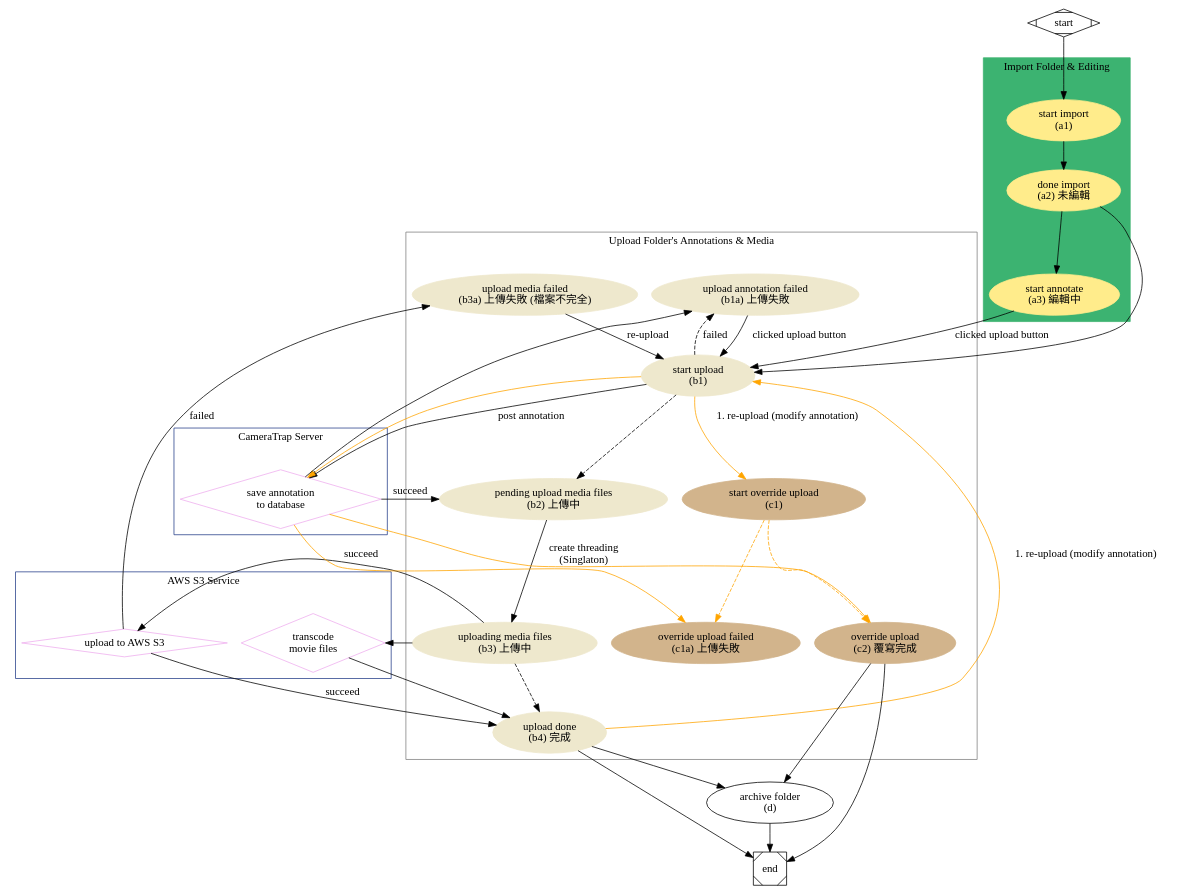
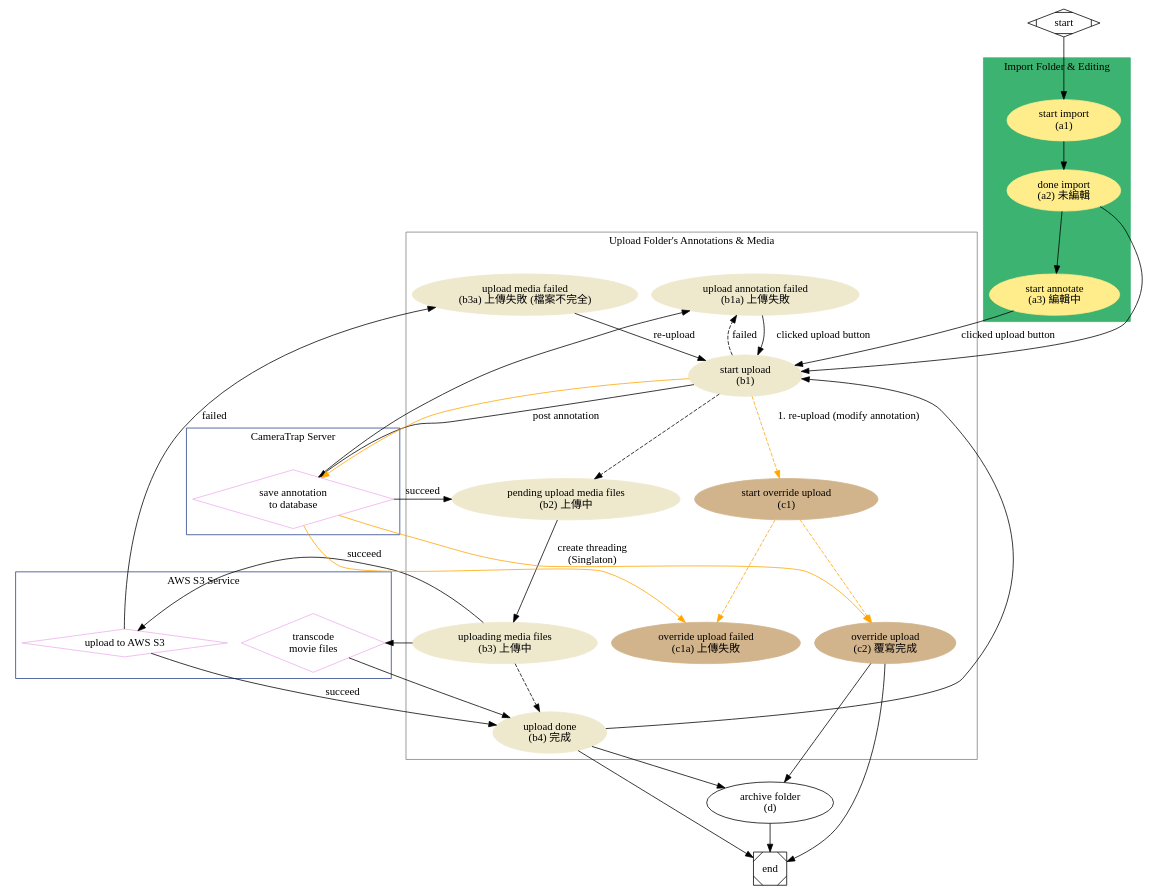
Before and after one commit to moogoo78/camera-trap-tk: the diagram in docs/upload-status-flow.dot, drawn with Graphviz. The commit also changed 1 other file, not shown here.

Commit message:
docs: update flow

```diff
--- a/docs/upload-status-flow.dot
+++ b/docs/upload-status-flow.dot
@@ -1,92 +1,93 @@
 digraph G {
   subgraph cluster_0 {
     style=filled;
     color=mediumseagreen;
     node [style=filled,color=lightgoldenrod1];
     label = "Import Folder & Editing";
     a1 -> a2 -> a3;
   }
 
   subgraph cluster_1 {
     color=gray;
     node [style=filled, color=cornsilk2];
     label = "Upload Folder's Annotations & Media";
 
     b1a -> b1 [label="clicked upload button"];
     b1-> b2 [style=dashed];
     b2 -> b3 [label="create threading\n(Singlaton)"];
     b3 -> b4 [style=dashed];
-    b4 -> b1 -> c1 [color=orange, label="1. re-upload (modify annotation)"];
+    b4 -> b1;
+    b1 -> c1 [color=orange, label="1. re-upload (modify annotation)", style=dashed];
     c1 -> c2 [color=orange, style=dashed];
     c1 -> c1a [color=orange, style=dashed];
     b3a -> b1 [label="re-upload"];
 
   }
   subgraph cluster_2 {
     color=royalblue4;
     label = "CameraTrap Server";
     serv_anno;
   }
   subgraph cluster_3 {
     color=royalblue4;
     label = "AWS S3 Service";
     serv_s3;
     serv_media;
   }
 
   start -> a1;
   a3 -> b1 [label="clicked upload button"];
   a2 -> b1;
   b1 -> serv_anno [label="post annotation"];
   serv_anno -> b1a;
   b1 -> b1a [style=dashed, label="failed"];
   serv_anno -> b2 [label="succeed"];
   b3 -> serv_s3 -> b4 [label="succeed"];
   serv_s3 -> b3a [label="failed"];
   serv_anno -> c1a [color=orange];
   b1 -> serv_anno [color=orange];
   b3 -> serv_media -> b4;
   serv_anno -> c2 [color=orange];
   c2 -> end;
   b4 -> end;
   b4 -> d -> end;
   c2 -> d;
   /*
   b1 -> serv_anno -> b2 -> b1 [color=orange, style=dashed, label="2. re-upload annotation"];
   b3c -> end;
 
   a2 -> b1;
   b3b -> serv_s3 -> b3b;
   serv_s3 -> b5;
   b4 -> end;
   b4 -> c;
   b4 -> a3;
   a3 -> b1 [label="1. re-upload (modify annotation)", color=orange];
   b5 -> end;
   b4 -> a3 [label="update annotation, upload last failed files"];
   b5 -> c -> end;
 
   serv_anno -> b5 [color=orange, style=dashed];
   */
   serv_anno [shape=diamond, color=plum2, label="save annotation\nto database"];
   serv_s3 [shape=diamond, color=plum2, label="upload to AWS S3"];
   serv_media [shape=diamond, color=plum2, label="transcode\nmovie files"];
 
   d [label="archive folder\n(d)"];
   c2 [label="override upload\n(c2) 覆寫完成", color=tan, style=filled];
   c1a [label="override upload failed\n(c1a) 上傳失敗", color=tan, style=filled];
   c1 [label="start override upload\n(c1)", color=tan, style=filled];
 
   b4 [label="upload done\n(b4) 完成"];
   b3a [label="upload media failed\n (b3a) 上傳失敗 (檔案不完全)"];
   b3 [label="uploading media files\n(b3) 上傳中"];
   b2 [label="pending upload media files\n(b2) 上傳中"];
   b1a [label="upload annotation failed\n(b1a) 上傳失敗"];
   b1 [label="start upload\n(b1)"];
 
   a3 [label="start annotate\n(a3) 編輯中"];
   a2 [label="done import\n(a2) 未編輯"];
   a1 [label="start import\n(a1)"];
   start [shape=Mdiamond];
   end [shape=Msquare];
 }
```
